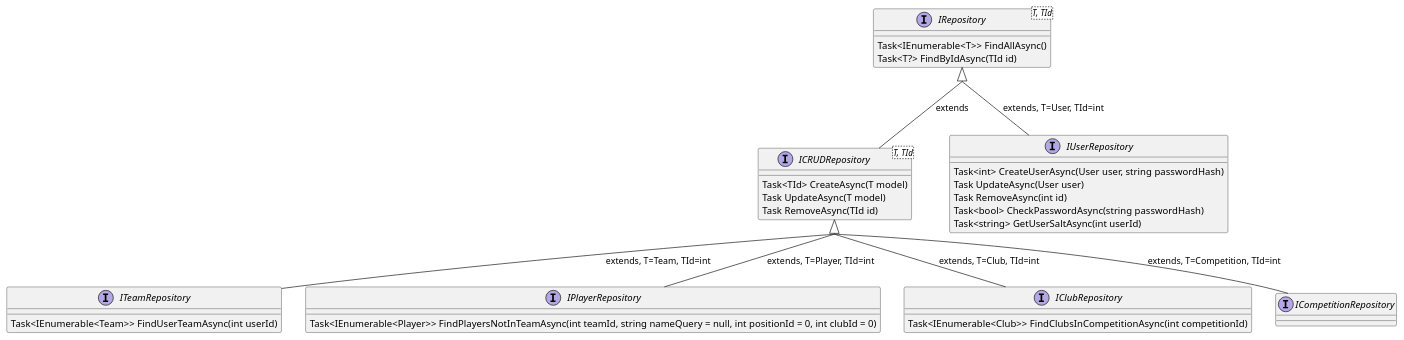
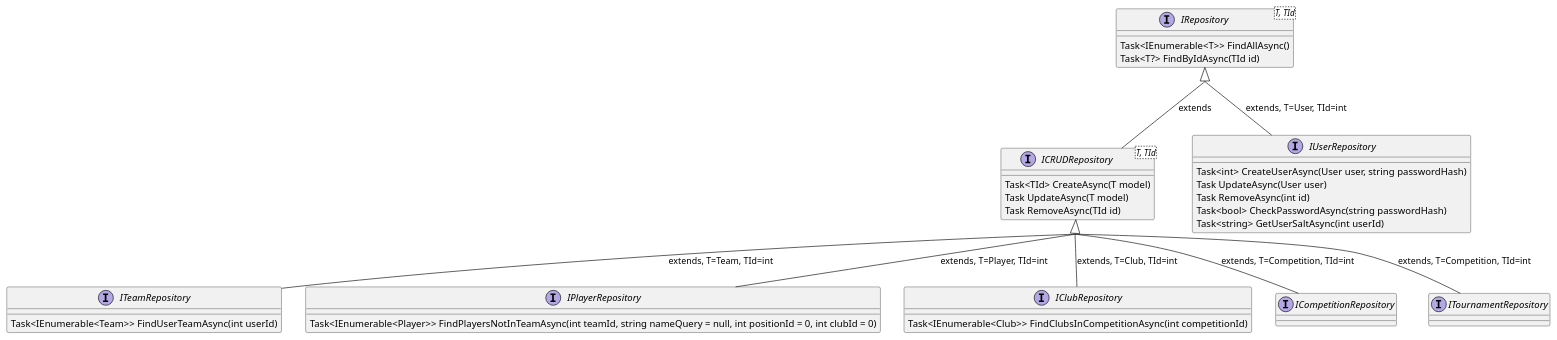
One commit to JKMN-Projects/TeamTactics changed the diagram in docs/Class Diagrams/Infrastructure/Repositories.puml. Above: the diagram before and after it, drawn with PlantUML. The commit also changed 8 other files, not shown here.

```diff
--- a/docs/Class Diagrams/Infrastructure/Repositories.puml
+++ b/docs/Class Diagrams/Infrastructure/Repositories.puml
@@ -1,44 +1,48 @@
 @startuml Repositories
 skinparam groupInheritance 2
 
 interface IRepository<T, TId> {
     Task<IEnumerable<T>> FindAllAsync()
     Task<T?> FindByIdAsync(TId id)
 }
 
 interface ICRUDRepository<T, TId> {
     Task<TId> CreateAsync(T model)
     Task UpdateAsync(T model)
     Task RemoveAsync(TId id)
 }
 IRepository <|-- ICRUDRepository : extends
 
 interface IUserRepository {
     Task<int> CreateUserAsync(User user, string passwordHash)
     Task UpdateAsync(User user)
     Task RemoveAsync(int id)
     Task<bool> CheckPasswordAsync(string passwordHash)
     Task<string> GetUserSaltAsync(int userId)
 }
 IRepository <|-- IUserRepository : extends, T=User, TId=int
 
 interface ITeamRepository {
     Task<IEnumerable<Team>> FindUserTeamAsync(int userId)
 }
 ICRUDRepository <|-- ITeamRepository : extends, T=Team, TId=int
 
 interface IPlayerRepository {
     Task<IEnumerable<Player>> FindPlayersNotInTeamAsync(int teamId, string nameQuery = null, int positionId = 0, int clubId = 0)
 }
 ICRUDRepository <|-- IPlayerRepository : extends, T=Player, TId=int
 
 interface IClubRepository {
     Task<IEnumerable<Club>> FindClubsInCompetitionAsync(int competitionId)
 }
 ICRUDRepository <|-- IClubRepository : extends, T=Club, TId=int
 
 interface ICompetitionRepository {
 }
 ICRUDRepository <|-- ICompetitionRepository : extends, T=Competition, TId=int
 
+interface ITournamentRepository {
+}
+ICRUDRepository <|-- ITournamentRepository : extends, T=Competition, TId=int
+
 @enduml 
```
